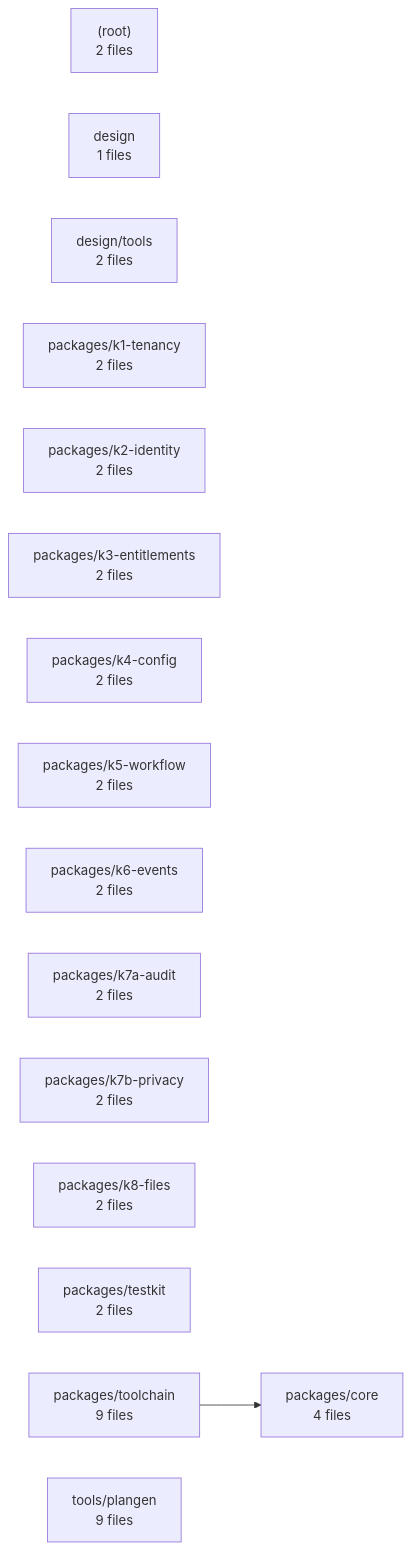
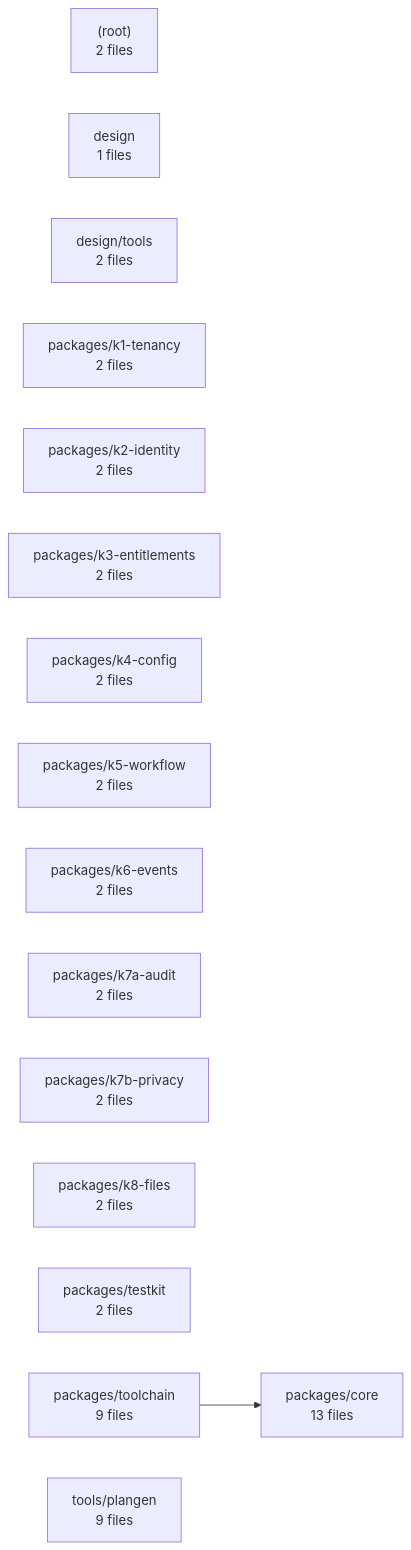
Before and after one commit to AadarshMishraa/epc_dashboard: the diagram in .claude/map/diagrams/modules.mmd, drawn with Mermaid. The commit also changed 43 other files, not shown here.

```diff
--- a/.claude/map/diagrams/modules.mmd
+++ b/.claude/map/diagrams/modules.mmd
@@ -1,18 +1,18 @@
 flowchart LR
   _root_["(root)<br/>2 files"]
   design["design<br/>1 files"]
   design_tools["design/tools<br/>2 files"]
-  packages_core["packages/core<br/>4 files"]
+  packages_core["packages/core<br/>13 files"]
   packages_k1_tenancy["packages/k1-tenancy<br/>2 files"]
   packages_k2_identity["packages/k2-identity<br/>2 files"]
   packages_k3_entitlements["packages/k3-entitlements<br/>2 files"]
   packages_k4_config["packages/k4-config<br/>2 files"]
   packages_k5_workflow["packages/k5-workflow<br/>2 files"]
   packages_k6_events["packages/k6-events<br/>2 files"]
   packages_k7a_audit["packages/k7a-audit<br/>2 files"]
   packages_k7b_privacy["packages/k7b-privacy<br/>2 files"]
   packages_k8_files["packages/k8-files<br/>2 files"]
   packages_testkit["packages/testkit<br/>2 files"]
   packages_toolchain["packages/toolchain<br/>9 files"]
   tools_plangen["tools/plangen<br/>9 files"]
   packages_toolchain --> packages_core
```
